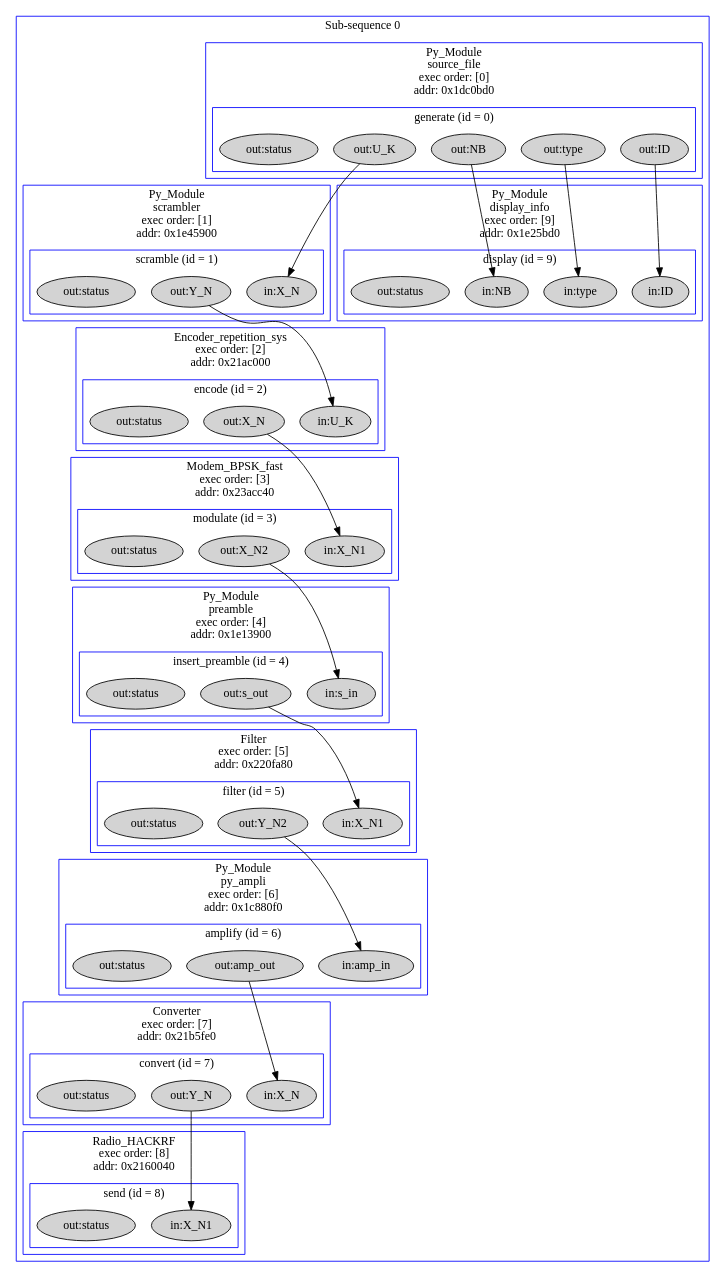
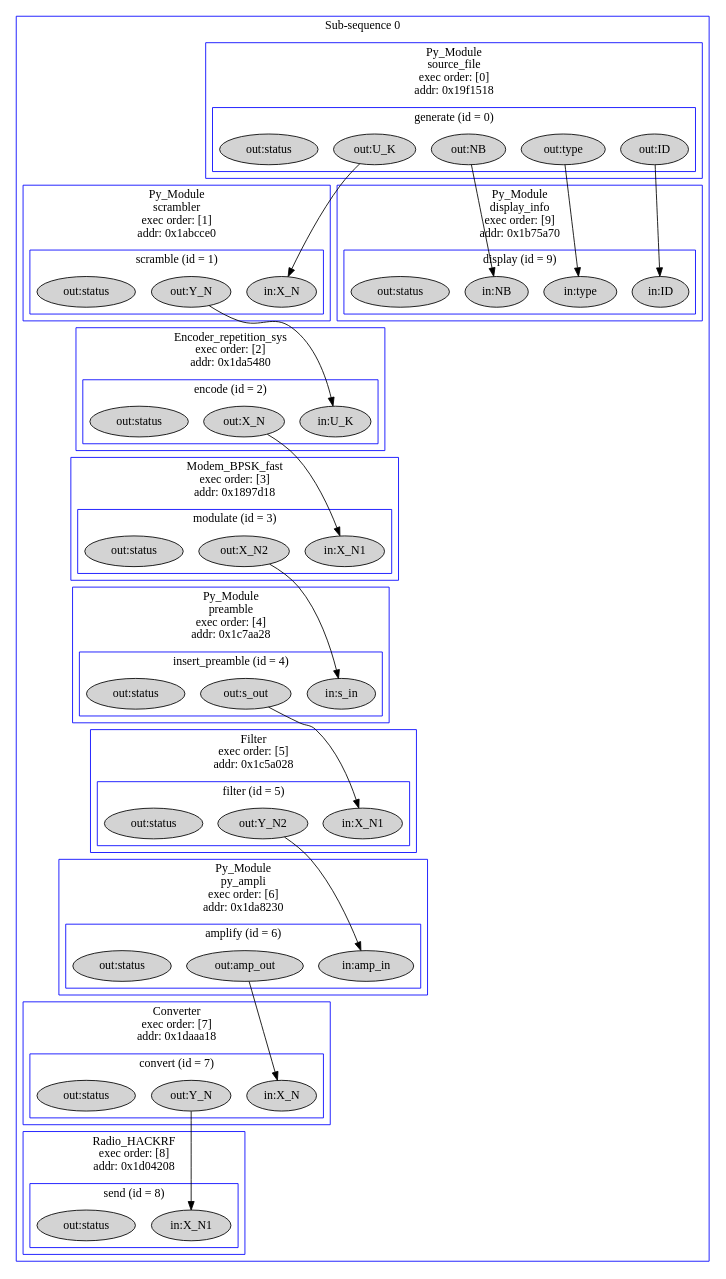
Before and after one commit to rtajan/eirballoon: the diagram in Final/seq.dot, drawn with Graphviz. The commit also changed 1 other file, not shown here.

```diff
--- a/Final/seq.dot
+++ b/Final/seq.dot
@@ -1,175 +1,175 @@
 digraph Sequence {
-	subgraph "cluster_Sub-sequence 0_0x1c0f710" {
+	subgraph "cluster_Sub-sequence 0_0x1d32518" {
 		node [style=filled];
-		subgraph "cluster_0x1dc0bd0_0x1c822a0" {
+		subgraph "cluster_0x19f1518_0x1c2e000" {
 			node [style=filled];
-			subgraph "cluster_0x2199140" {
+			subgraph "cluster_0x1b16e20" {
 				node [style=filled];
-				"0x217bd40"[label="out:U_K"];
-				"0x22b1490"[label="out:NB"];
-				"0x2182580"[label="out:ID"];
-				"0x23b9840"[label="out:type"];
-				"0x23d54c0"[label="out:status"];
+				"0x1cf0d0c"[label="out:U_K"];
+				"0x1d8f8dc"[label="out:NB"];
+				"0x1d8f94c"[label="out:ID"];
+				"0x1dc5e9c"[label="out:type"];
+				"0x1dc5f0c"[label="out:status"];
 				label="generate (id = 0)";
 				color=blue;
 			}
 			label="Py_Module
 source_file
 exec order: [0]
-addr: 0x1dc0bd0";
+addr: 0x19f1518";
 			color=blue;
 		}
-		subgraph "cluster_0x1e45900_0x203a920" {
+		subgraph "cluster_0x1abcce0_0x1d99c18" {
 			node [style=filled];
-			subgraph "cluster_0x2199148" {
+			subgraph "cluster_0x1b16e24" {
 				node [style=filled];
-				"0x2221e60"[label="in:X_N"];
-				"0x23df4c0"[label="out:Y_N"];
-				"0x23acb50"[label="out:status"];
+				"0x1b10864"[label="in:X_N"];
+				"0x1b86f9c"[label="out:Y_N"];
+				"0x1b86fec"[label="out:status"];
 				label="scramble (id = 1)";
 				color=blue;
 			}
 			label="Py_Module
 scrambler
 exec order: [1]
-addr: 0x1e45900";
+addr: 0x1abcce0";
 			color=blue;
 		}
-		subgraph "cluster_0x21ac000_0x1e3a5b0" {
+		subgraph "cluster_0x1da5480_0x1c9ab08" {
 			node [style=filled];
-			subgraph "cluster_0x2199150" {
+			subgraph "cluster_0x1b16e28" {
 				node [style=filled];
-				"0x23ece00"[label="in:U_K"];
-				"0x23cf410"[label="out:X_N"];
-				"0x2226410"[label="out:status"];
+				"0x1c204cc"[label="in:U_K"];
+				"0x1c1bdec"[label="out:X_N"];
+				"0x1c1be3c"[label="out:status"];
 				label="encode (id = 2)";
 				color=blue;
 			}
 			label="Encoder_repetition_sys
 exec order: [2]
-addr: 0x21ac000";
+addr: 0x1da5480";
 			color=blue;
 		}
-		subgraph "cluster_0x23acc40_0x1ce0e60" {
+		subgraph "cluster_0x1897d18_0x1b57cf0" {
 			node [style=filled];
-			subgraph "cluster_0x2199158" {
+			subgraph "cluster_0x1b16e2c" {
 				node [style=filled];
-				"0x225b1b0"[label="in:X_N1"];
-				"0x22a2000"[label="out:X_N2"];
-				"0x22a2090"[label="out:status"];
+				"0x1c7399c"[label="in:X_N1"];
+				"0x1cba7f4"[label="out:X_N2"];
+				"0x1cba844"[label="out:status"];
 				label="modulate (id = 3)";
 				color=blue;
 			}
 			label="Modem_BPSK_fast
 exec order: [3]
-addr: 0x23acc40";
+addr: 0x1897d18";
 			color=blue;
 		}
-		subgraph "cluster_0x1e13900_0x20038b0" {
+		subgraph "cluster_0x1c7aa28_0x1d24508" {
 			node [style=filled];
-			subgraph "cluster_0x2199160" {
+			subgraph "cluster_0x1b16e30" {
 				node [style=filled];
-				"0x2081c60"[label="in:s_in"];
-				"0x21275b0"[label="out:s_out"];
-				"0x2127640"[label="out:status"];
+				"0x1c99db4"[label="in:s_in"];
+				"0x1c99e44"[label="out:s_out"];
+				"0x1d139a4"[label="out:status"];
 				label="insert_preamble (id = 4)";
 				color=blue;
 			}
 			label="Py_Module
 preamble
 exec order: [4]
-addr: 0x1e13900";
+addr: 0x1c7aa28";
 			color=blue;
 		}
-		subgraph "cluster_0x220fa80_0x1f0dfc0" {
+		subgraph "cluster_0x1c5a028_0x1ca83d8" {
 			node [style=filled];
-			subgraph "cluster_0x2199168" {
+			subgraph "cluster_0x1b16e34" {
 				node [style=filled];
-				"0x23fa360"[label="in:X_N1"];
-				"0x23fa430"[label="out:Y_N2"];
-				"0x21c84d0"[label="out:status"];
+				"0x1bb30c4"[label="in:X_N1"];
+				"0x1bb3134"[label="out:Y_N2"];
+				"0x1c2c5e4"[label="out:status"];
 				label="filter (id = 5)";
 				color=blue;
 			}
 			label="Filter
 exec order: [5]
-addr: 0x220fa80";
+addr: 0x1c5a028";
 			color=blue;
 		}
-		subgraph "cluster_0x1c880f0_0x1b89a20" {
+		subgraph "cluster_0x1da8230_0x1c80810" {
 			node [style=filled];
-			subgraph "cluster_0x2199170" {
+			subgraph "cluster_0x1b16e38" {
 				node [style=filled];
-				"0x1dddcb0"[label="in:amp_in"];
-				"0x1d81cb0"[label="out:amp_out"];
-				"0x1ee8790"[label="out:status"];
+				"0x1cefa14"[label="in:amp_in"];
+				"0x1cefa94"[label="out:amp_out"];
+				"0x1cefb04"[label="out:status"];
 				label="amplify (id = 6)";
 				color=blue;
 			}
 			label="Py_Module
 py_ampli
 exec order: [6]
-addr: 0x1c880f0";
+addr: 0x1da8230";
 			color=blue;
 		}
-		subgraph "cluster_0x21b5fe0_0x245f7d0" {
+		subgraph "cluster_0x1daaa18_0x1c8bc50" {
 			node [style=filled];
-			subgraph "cluster_0x2199178" {
+			subgraph "cluster_0x1b16e3c" {
 				node [style=filled];
-				"0x223d5a0"[label="in:X_N"];
-				"0x1ec43f0"[label="out:Y_N"];
-				"0x21b60d0"[label="out:status"];
+				"0x1c596fc"[label="in:X_N"];
+				"0x1b3f424"[label="out:Y_N"];
+				"0x1ca1c34"[label="out:status"];
 				label="convert (id = 7)";
 				color=blue;
 			}
 			label="Converter
 exec order: [7]
-addr: 0x21b5fe0";
+addr: 0x1daaa18";
 			color=blue;
 		}
-		subgraph "cluster_0x2160040_0x1d87ef0" {
+		subgraph "cluster_0x1d04208_0x1d7dd78" {
 			node [style=filled];
-			subgraph "cluster_0x2199180" {
+			subgraph "cluster_0x1b16e40" {
 				node [style=filled];
-				"0x1f42990"[label="in:X_N1"];
-				"0x1f80690"[label="out:status"];
+				"0x1b7e08c"[label="in:X_N1"];
+				"0x1b7e12c"[label="out:status"];
 				label="send (id = 8)";
 				color=blue;
 			}
 			label="Radio_HACKRF
 exec order: [8]
-addr: 0x2160040";
+addr: 0x1d04208";
 			color=blue;
 		}
-		subgraph "cluster_0x1e25bd0_0x1ebc4a0" {
+		subgraph "cluster_0x1b75a70_0x1d02d40" {
 			node [style=filled];
-			subgraph "cluster_0x2199188" {
+			subgraph "cluster_0x1b16e44" {
 				node [style=filled];
-				"0x218b1d0"[label="in:NB"];
-				"0x207ffe0"[label="in:ID"];
-				"0x1fe91f0"[label="in:type"];
-				"0x2148c40"[label="out:status"];
+				"0x1d042fc"[label="in:NB"];
+				"0x1bb9b4c"[label="in:ID"];
+				"0x1d6114c"[label="in:type"];
+				"0x1c5974c"[label="out:status"];
 				label="display (id = 9)";
 				color=blue;
 			}
 			label="Py_Module
 display_info
 exec order: [9]
-addr: 0x1e25bd0";
+addr: 0x1b75a70";
 			color=blue;
 		}
 		label="Sub-sequence 0";
 		color=blue;
 	}
-	"0x217bd40" -> "0x2221e60"
-	"0x22b1490" -> "0x218b1d0"
-	"0x2182580" -> "0x207ffe0"
-	"0x23b9840" -> "0x1fe91f0"
-	"0x23df4c0" -> "0x23ece00"
-	"0x23cf410" -> "0x225b1b0"
-	"0x22a2000" -> "0x2081c60"
-	"0x21275b0" -> "0x23fa360"
-	"0x23fa430" -> "0x1dddcb0"
-	"0x1d81cb0" -> "0x223d5a0"
-	"0x1ec43f0" -> "0x1f42990"
+	"0x1cf0d0c" -> "0x1b10864"
+	"0x1d8f8dc" -> "0x1d042fc"
+	"0x1d8f94c" -> "0x1bb9b4c"
+	"0x1dc5e9c" -> "0x1d6114c"
+	"0x1b86f9c" -> "0x1c204cc"
+	"0x1c1bdec" -> "0x1c7399c"
+	"0x1cba7f4" -> "0x1c99db4"
+	"0x1c99e44" -> "0x1bb30c4"
+	"0x1bb3134" -> "0x1cefa14"
+	"0x1cefa94" -> "0x1c596fc"
+	"0x1b3f424" -> "0x1b7e08c"
 }
```
